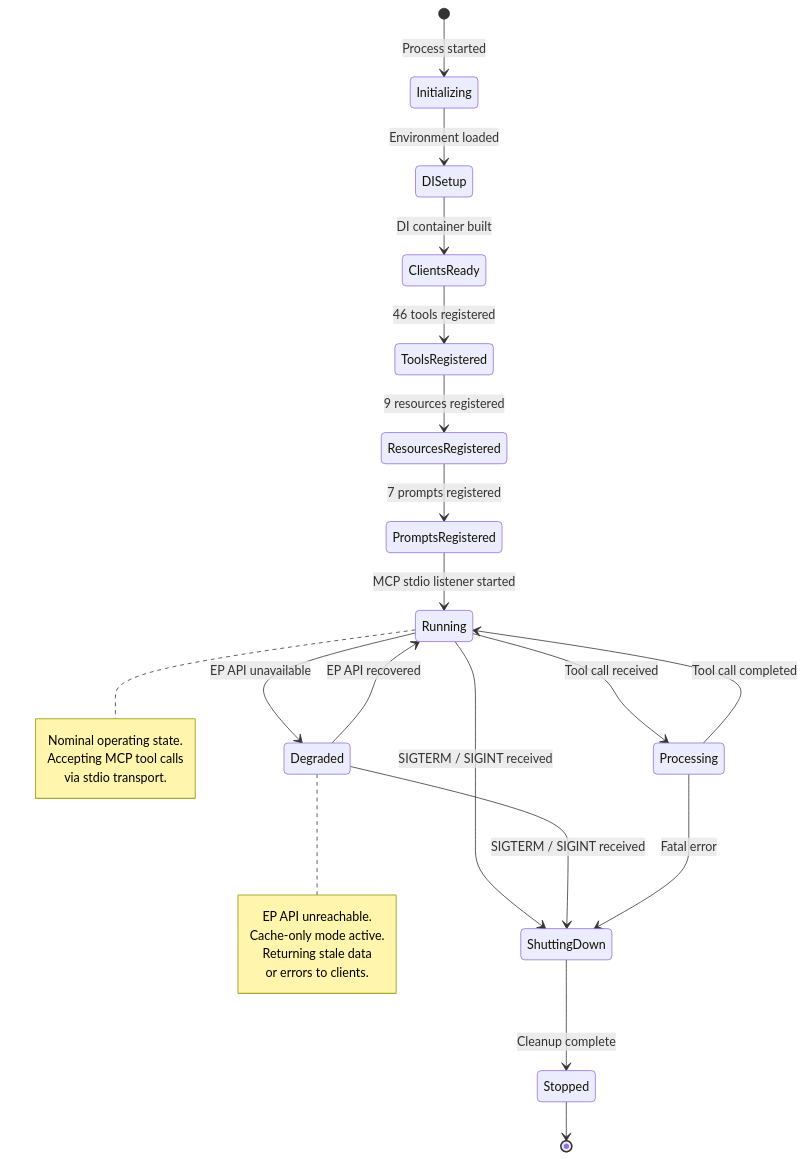
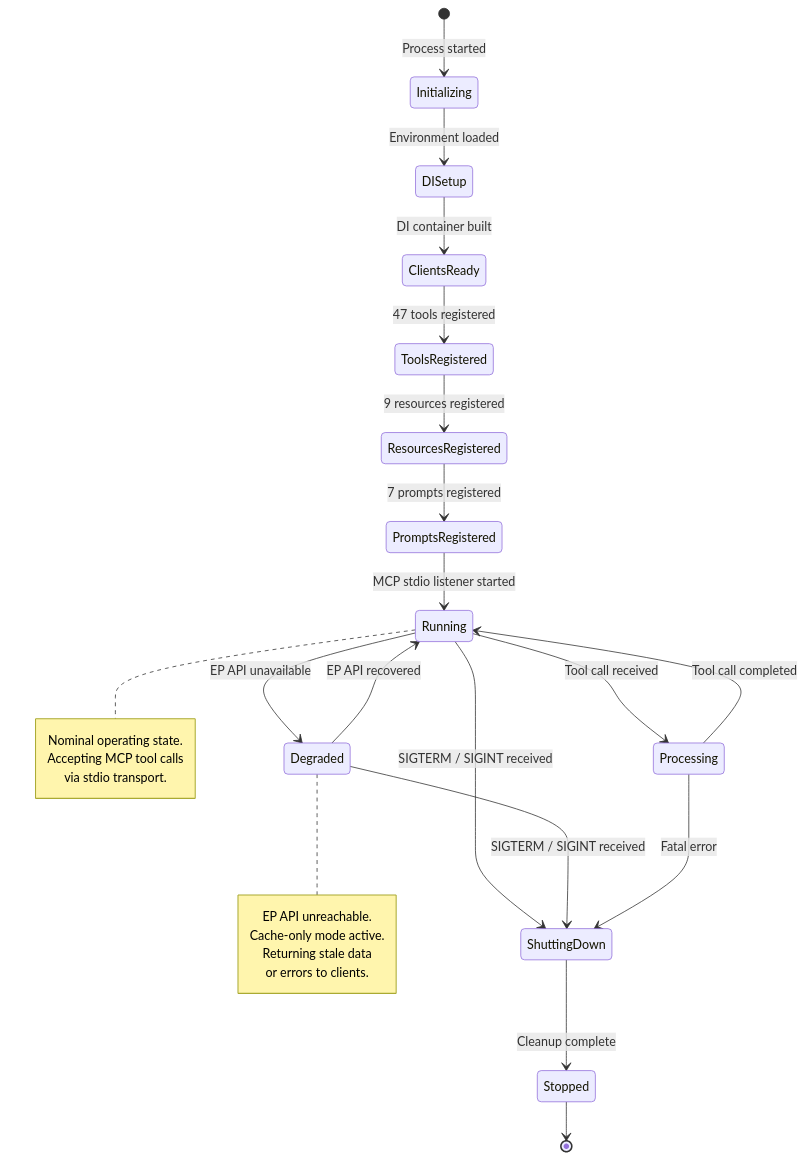
Before and after one commit to Hack23/European-Parliament-MCP-Server: the first of 6 diagrams in STATEDIAGRAM.md, drawn with Mermaid. The commit also changed other lines of this file and 13 other files, not shown here.

````diff
--- a/STATEDIAGRAM.md
+++ b/STATEDIAGRAM.md
@@ -54,37 +54,37 @@
 ```mermaid
 stateDiagram-v2
     [*] --> Initializing : Process started
 
     Initializing --> DISetup : Environment loaded
     DISetup --> ClientsReady : DI container built
-    ClientsReady --> ToolsRegistered : 46 tools registered
+    ClientsReady --> ToolsRegistered : 47 tools registered
     ToolsRegistered --> ResourcesRegistered : 9 resources registered
     ResourcesRegistered --> PromptsRegistered : 7 prompts registered
     PromptsRegistered --> Running : MCP stdio listener started
 
     Running --> Processing : Tool call received
     Processing --> Running : Tool call completed
 
     Running --> Degraded : EP API unavailable
     Degraded --> Running : EP API recovered
 
     Running --> ShuttingDown : SIGTERM / SIGINT received
     Degraded --> ShuttingDown : SIGTERM / SIGINT received
     Processing --> ShuttingDown : Fatal error
 
     ShuttingDown --> Stopped : Cleanup complete
     Stopped --> [*]
 
     note right of Running
         Nominal operating state.
         Accepting MCP tool calls
         via stdio transport.
     end note
 
     note right of Degraded
         EP API unreachable.
         Cache-only mode active.
         Returning stale data
         or errors to clients.
     end note
 ```
````
